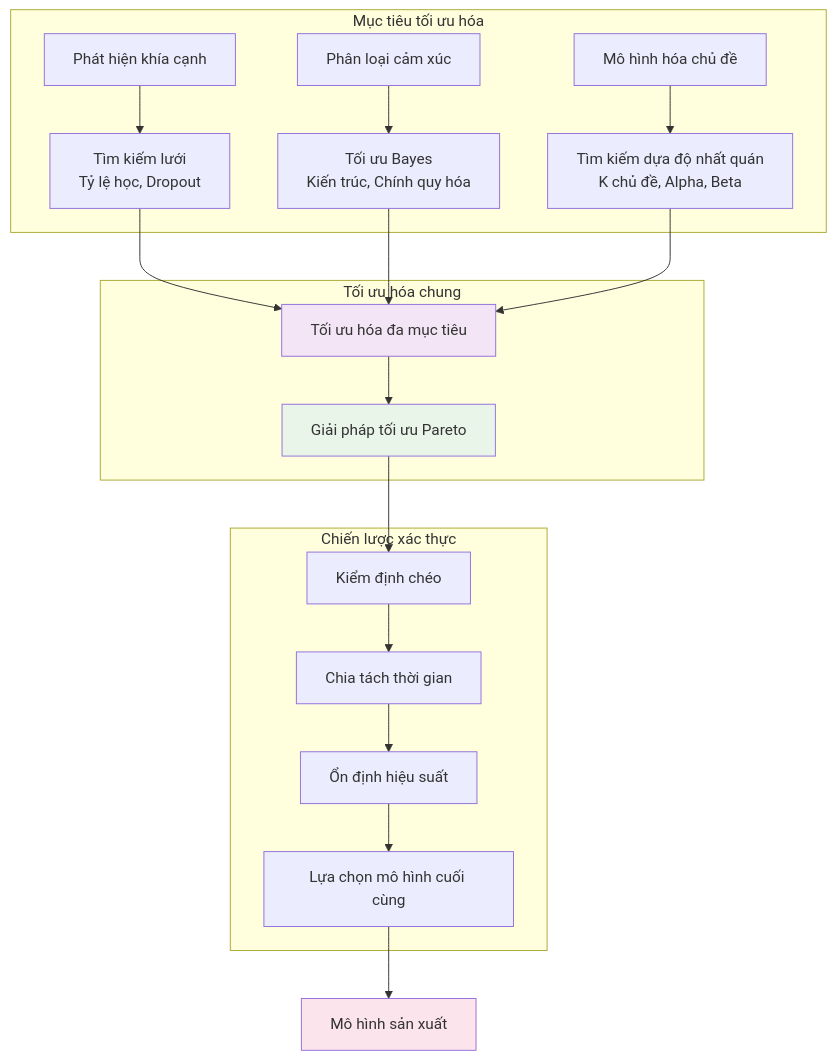
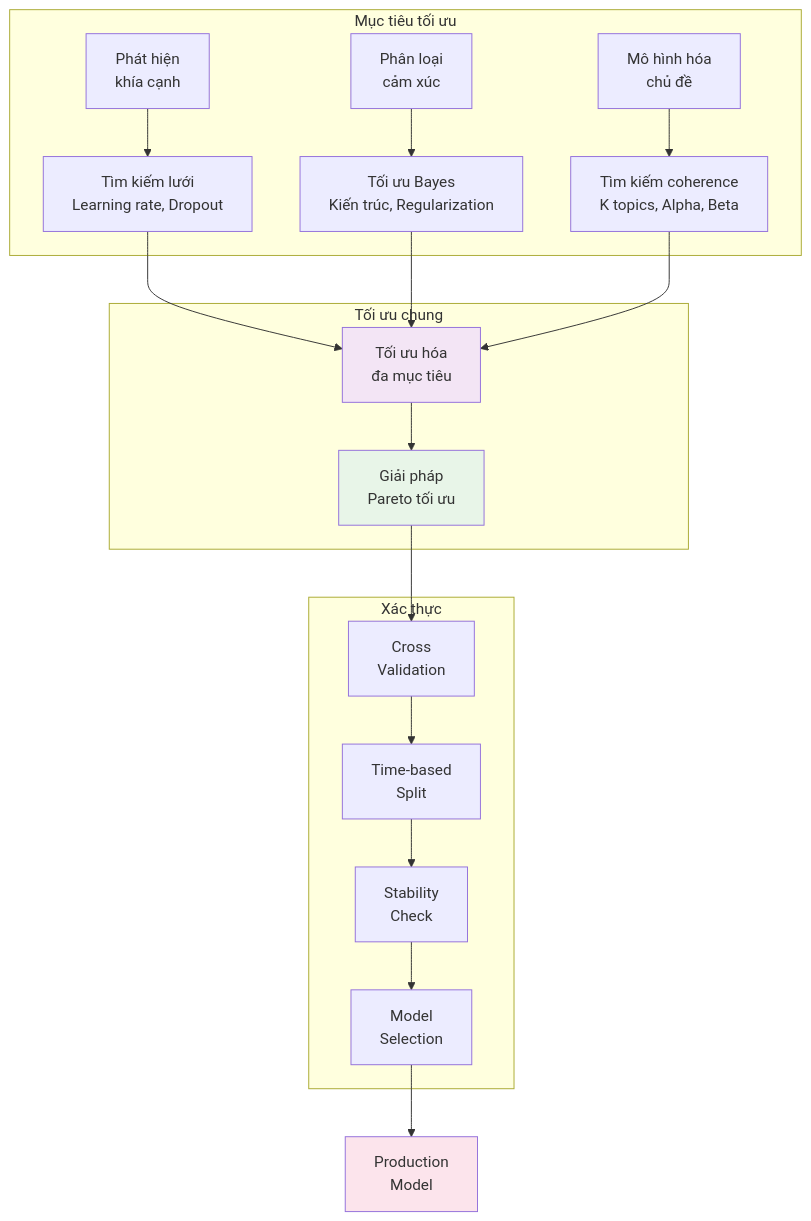
One commit to UIT-June-2025-Nhom-8/Project_AI_Thinking changed the fifth of 10 diagrams in docs/Phan_Tich_Tong_Quat/PhanTichBaiToan_AIThinking_ChuanHoa.MD. Above: the diagram before and after it, drawn with Mermaid. The commit also changed other lines of this file and 1 other file, not shown here.

Commit message:
update chart

````diff
--- a/docs/Phan_Tich_Tong_Quat/PhanTichBaiToan_AIThinking_ChuanHoa.MD
+++ b/docs/Phan_Tich_Tong_Quat/PhanTichBaiToan_AIThinking_ChuanHoa.MD
@@ -238,28 +243,28 @@
 ```mermaid
 graph TD
-    subgraph "Mục tiêu tối ưu hóa"
-        A[Phát hiện khía cạnh] --> D[Tìm kiếm lưới<br/>Tỷ lệ học, Dropout]
-        B[Phân loại cảm xúc] --> E[Tối ưu Bayes<br/>Kiến trúc, Chính quy hóa]
-        C[Mô hình hóa chủ đề] --> F[Tìm kiếm dựa độ nhất quán<br/>K chủ đề, Alpha, Beta]
+    subgraph "Mục tiêu tối ưu"
+        A[Phát hiện<br/>khía cạnh] --> D[Tìm kiếm lưới<br/>Learning rate, Dropout]
+        B[Phân loại<br/>cảm xúc] --> E[Tối ưu Bayes<br/>Kiến trúc, Regularization]
+        C[Mô hình hóa<br/>chủ đề] --> F[Tìm kiếm coherence<br/>K topics, Alpha, Beta]
     end
     
-    subgraph "Tối ưu hóa chung"
-        D --> G[Tối ưu hóa đa mục tiêu]
+    subgraph "Tối ưu chung"
+        D --> G[Tối ưu hóa<br/>đa mục tiêu]
         E --> G
         F --> G
-        G --> H[Giải pháp tối ưu Pareto]
+        G --> H[Giải pháp<br/>Pareto tối ưu]
     end
     
-    subgraph "Chiến lược xác thực"
-        I[Kiểm định chéo] --> J[Chia tách thời gian]
-        J --> K[Ổn định hiệu suất]
-        K --> L[Lựa chọn mô hình cuối cùng]
+    subgraph "Xác thực"
+        I[Cross<br/>Validation] --> J[Time-based<br/>Split]
+        J --> K[Stability<br/>Check]
+        K --> L[Model<br/>Selection]
     end
     
     H --> I
-    L --> M[Mô hình sản xuất]
+    L --> M[Production<br/>Model]
     
     style G fill:#f3e5f5
     style H fill:#e8f5e8
     style M fill:#fce4ec
 ```
````
